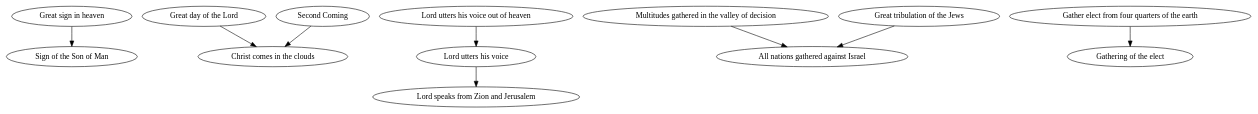
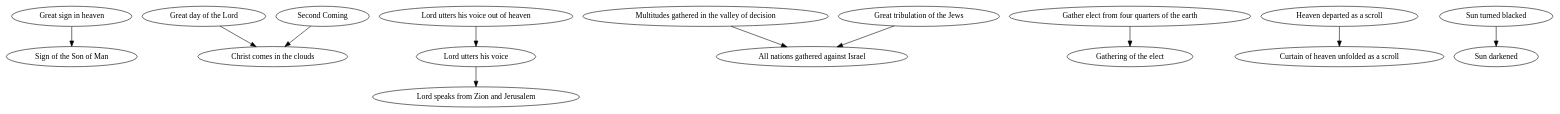
Before and after one commit to justincy/signs-of-the-second-coming: the diagram in synonyms/synonyms.gv, drawn with Graphviz. The commit also changed 3 other files, not shown here.

```diff
--- a/synonyms/synonyms.gv
+++ b/synonyms/synonyms.gv
@@ -1,35 +1,39 @@
 # List of signs that I believe are synonyms.
 #
 # My reasoning for considering two signs as synonyms
 # is documented elsewhere. This list is used to 
 # programatically simplify the full graph by 
 # collapsing synonyms.
 #
 # In each (a -> b) pair, the sign on the left will
 # be replaced in the graph by the sign on the right.
 
 digraph {
   "Great sign in heaven" -> "Sign of the Son of Man"
 
   # D&C 34:7-8
   "Great day of the Lord" -> "Christ comes in the clouds"
 
   "Second Coming" -> "Christ comes in the clouds"
 
   "Lord utters his voice out of heaven" -> "Lord utters his voice"
   "Lord utters his voice" -> "Lord speaks from Zion and Jerusalem"
 
   "Multitudes gathered in the valley of decision" -> "All nations gathered against Israel"
 
   # D&C 84:2
   # "Christ visits New Jerusalem" doesn't exist in the graph so the script blows up.
   # I just want to rename it, because "Christ visits New Jerusalem" is easier to
   # understand than "Christ stands on Mount Zion". Not everyone knows what
   # Mount Zion is, and they may confuse it with the prophecy about Christ standing
   # on the Mount of Olives.
   # "Christ stands on Mount Zion" -> "Christ visits New Jerusalem"
 
   "Great tribulation of the Jews" -> "All nations gathered against Israel"
 
   "Gather elect from four quarters of the earth" -> "Gathering of the elect"
+
+  "Heaven departed as a scroll" -> "Curtain of heaven unfolded as a scroll"
+
+  "Sun turned blacked" -> "Sun darkened"
 }
```
